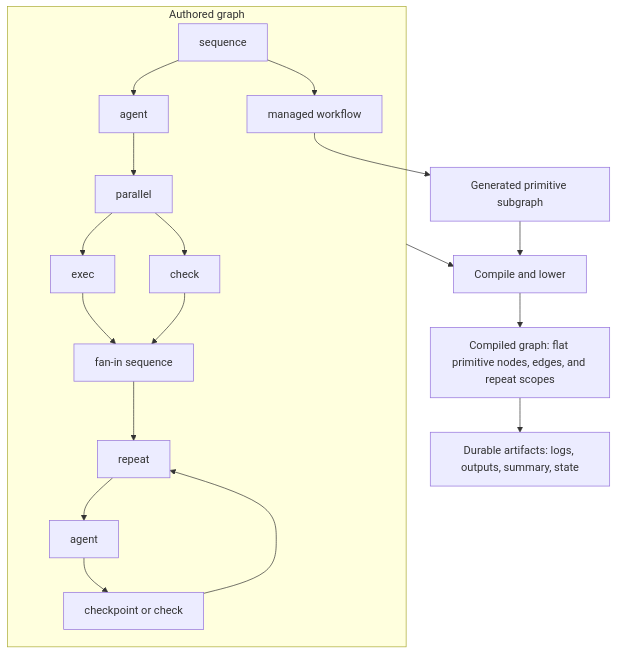
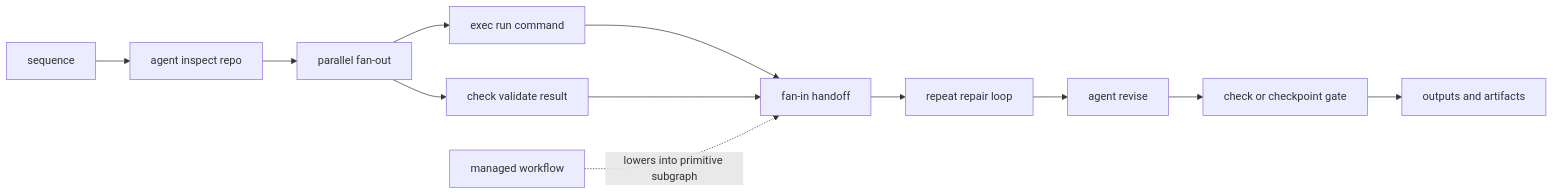
Before and after one commit to koji98/agentflow: the diagram in README.md, drawn with Mermaid. The commit also changed other lines of this file, not shown here.

````diff
--- a/README.md
+++ b/README.md
@@ -9,30 +9,14 @@
 ```mermaid
-flowchart TD
-    subgraph authored["Authored graph"]
-        start["sequence"]
-        inspect["agent"]
-        fanout["parallel"]
-        execNode["exec"]
-        aiCheck["check"]
-        merge["fan-in sequence"]
-        loop["repeat"]
-        revise["agent"]
-        gate["checkpoint or check"]
-        workflow["managed workflow"]
-
-        start --> inspect --> fanout
-        fanout --> execNode
-        fanout --> aiCheck
-        execNode --> merge
-        aiCheck --> merge
-        merge --> loop
-        loop --> revise --> gate --> loop
-        start --> workflow
-    end
-
-    authored --> compile["Compile and lower"]
-    workflow --> lowered["Generated primitive subgraph"]
-    lowered --> compile
-    compile --> runtime["Compiled graph: flat primitive nodes, edges, and repeat scopes"]
-    runtime --> artifacts["Durable artifacts: logs, outputs, summary, state"]
+flowchart LR
+    seq["sequence"] --> inspect["agent inspect repo"]
+    inspect --> fanout["parallel fan-out"]
+    fanout --> execNode["exec run command"]
+    fanout --> checkNode["check validate result"]
+    execNode --> fanin["fan-in handoff"]
+    checkNode --> fanin
+    fanin --> loop["repeat repair loop"]
+    loop --> revise["agent revise"]
+    revise --> gate["check or checkpoint gate"]
+    gate --> artifacts["outputs and artifacts"]
+    managed["managed workflow"] -. lowers into primitive subgraph .-> fanin
 ```
````
